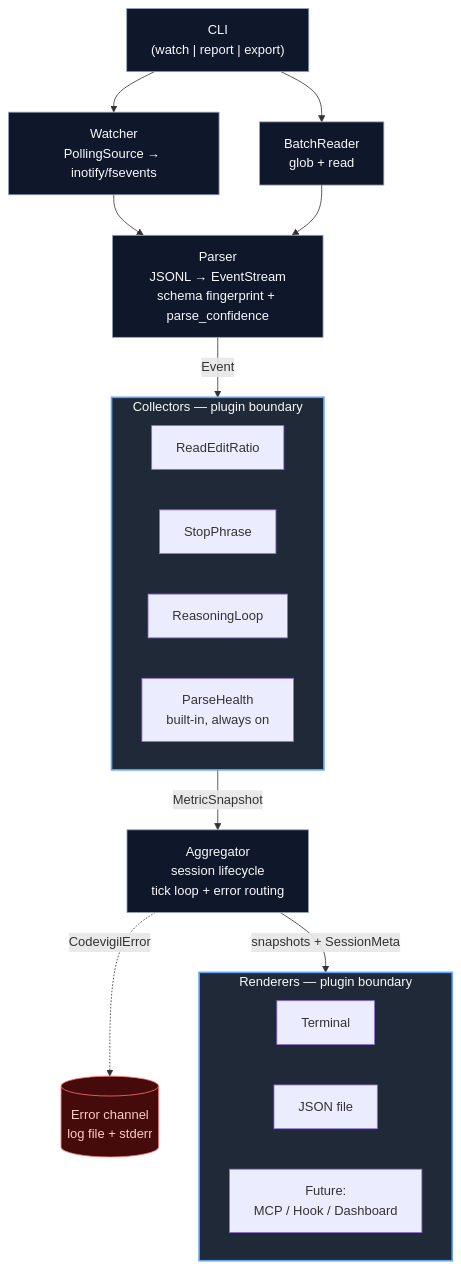
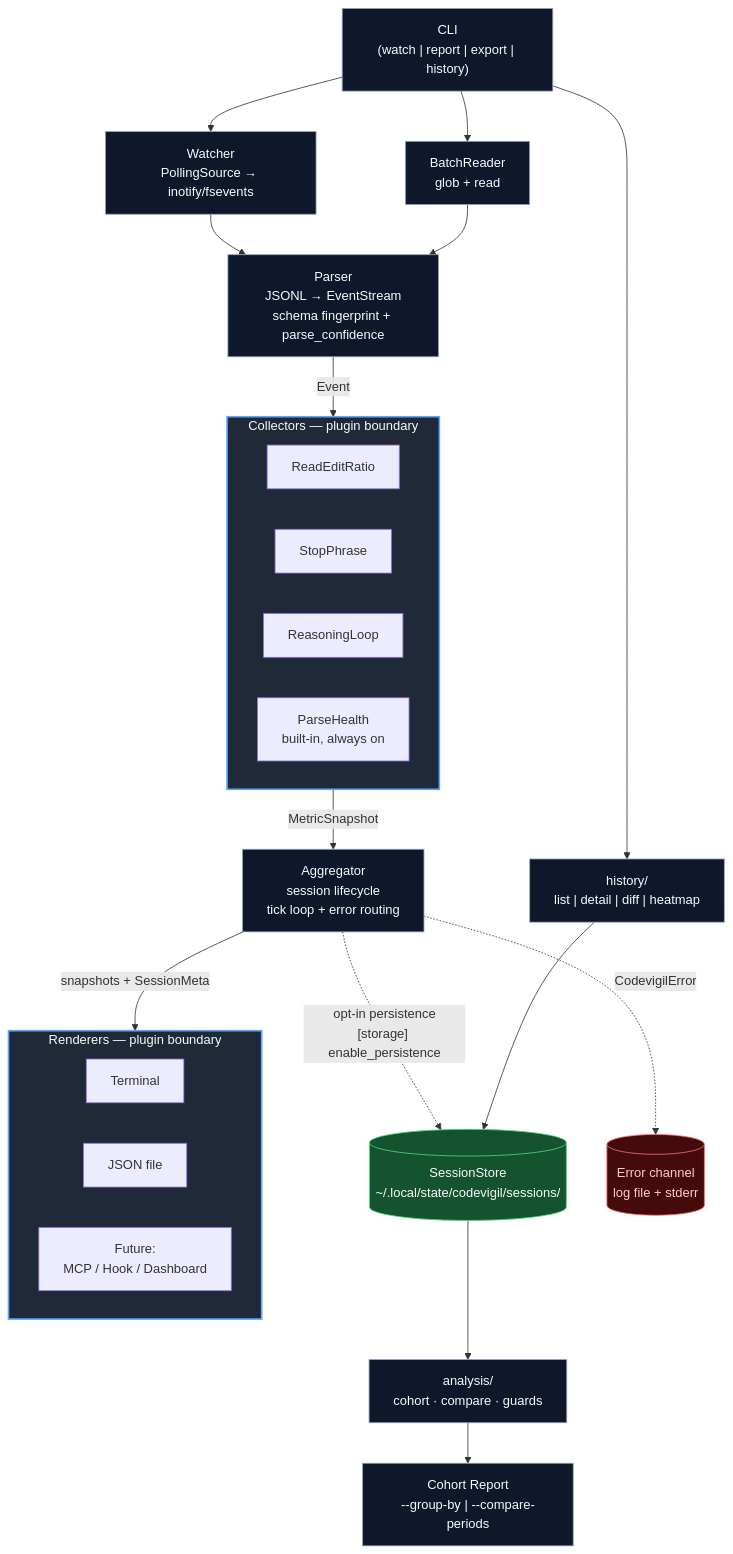
One commit to Mathews-Tom/codevigil changed the diagram in docs/design.md. Above: the diagram before and after it, drawn with Mermaid. The commit also changed other lines of this file and 7 other files, not shown here.

````diff
--- a/docs/design.md
+++ b/docs/design.md
@@ -19,43 +19,52 @@
 ```mermaid
 flowchart TD
-    CLI["CLI<br/>(watch | report | export)"]
+    CLI["CLI<br/>(watch | report | export | history)"]
 
     CLI --> Watcher["Watcher<br/>PollingSource → inotify/fsevents"]
     CLI --> Batch["BatchReader<br/>glob + read"]
+    CLI --> HistoryDispatch["history/<br/>list | detail | diff | heatmap"]
 
     Watcher --> Parser
     Batch --> Parser
 
     Parser["Parser<br/>JSONL → EventStream<br/>schema fingerprint + parse_confidence"]
     Parser -->|Event| CollectorBoundary
 
     subgraph CollectorBoundary["Collectors — plugin boundary"]
         direction LR
         C1["ReadEditRatio"]
         C2["StopPhrase"]
         C3["ReasoningLoop"]
         C4["ParseHealth<br/>built-in, always on"]
     end
 
     CollectorBoundary -->|MetricSnapshot| Aggregator
 
     Aggregator["Aggregator<br/>session lifecycle<br/>tick loop + error routing"]
 
     Aggregator -->|snapshots + SessionMeta| RendererBoundary
+    Aggregator -.->|"opt-in persistence<br/>[storage] enable_persistence"| SessionStore
 
     subgraph RendererBoundary["Renderers — plugin boundary"]
         direction LR
         R1["Terminal"]
         R2["JSON file"]
         R3["Future:<br/>MCP / Hook / Dashboard"]
     end
 
+    SessionStore[("SessionStore<br/>~/.local/state/codevigil/sessions/")]
+    SessionStore --> AnalysisPkg["analysis/<br/>cohort · compare · guards"]
+    AnalysisPkg --> CohortReport["Cohort Report<br/>--group-by | --compare-periods"]
+    HistoryDispatch --> SessionStore
+
     Aggregator -.->|CodevigilError| ErrorChannel[("Error channel<br/>log file + stderr")]
 
     classDef boundary fill:#1f2937,stroke:#60a5fa,stroke-width:2px,color:#f8fafc;
     classDef core fill:#0f172a,stroke:#94a3b8,color:#f8fafc;
     classDef err fill:#450a0a,stroke:#f87171,color:#fecaca;
+    classDef store fill:#14532d,stroke:#4ade80,color:#f8fafc;
     class CollectorBoundary,RendererBoundary boundary;
-    class CLI,Watcher,Batch,Parser,Aggregator core;
+    class CLI,Watcher,Batch,Parser,Aggregator,HistoryDispatch,AnalysisPkg,CohortReport core;
     class ErrorChannel err;
+    class SessionStore store;
 ```
````
